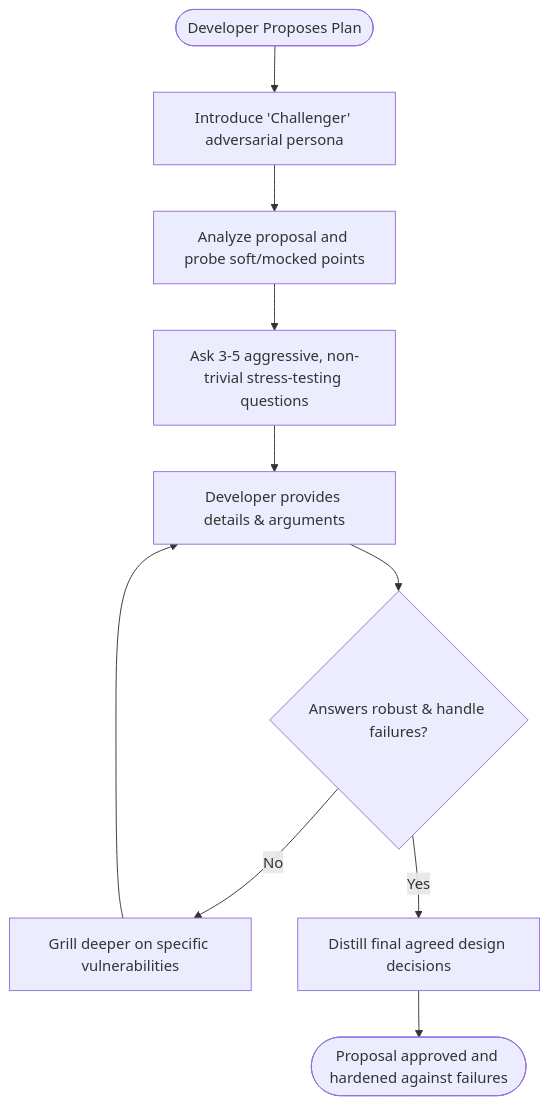
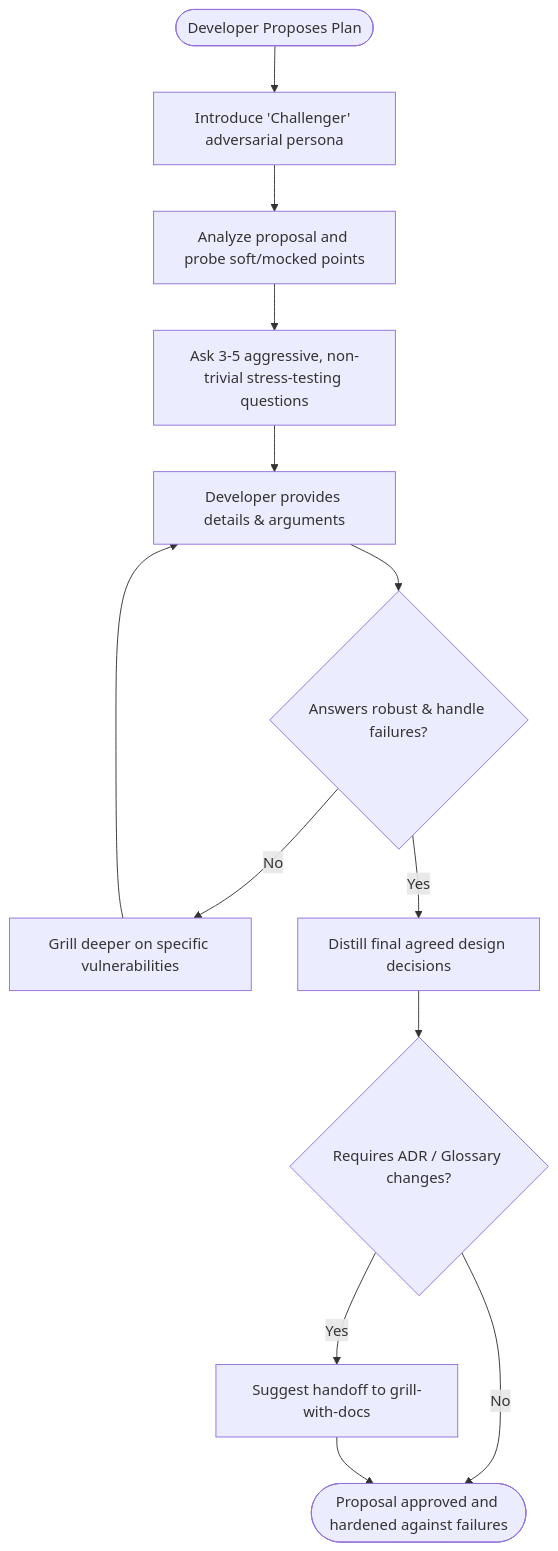
The first of 3 diagrams in docs/workflows/grill-me.md (dyphn1/Harness-everything), drawn with Mermaid before and after one commit. The commit also changed other lines of this file and 3 other files, not shown here.

````diff
--- a/docs/workflows/grill-me.md
+++ b/docs/workflows/grill-me.md
@@ -11,12 +11,15 @@
 ```mermaid
 graph TD
   Start([Developer Proposes Plan]) --> IntroduceChallenger["Introduce 'Challenger' adversarial persona"]
   IntroduceChallenger --> ProbeAssumptions["Analyze proposal and probe soft/mocked points"]
   ProbeAssumptions --> AskHardQuestions["Ask 3-5 aggressive, non-trivial stress-testing questions"]
   AskHardQuestions --> ReceiveAnswers["Developer provides details & arguments"]
   ReceiveAnswers --> ValidateResilience{Answers robust & handle failures?}
   ValidateResilience -->|No| GrillDeeper["Grill deeper on specific vulnerabilities"]
   ValidateResilience -->|Yes| DistillDecisions["Distill final agreed design decisions"]
   GrillDeeper --> ReceiveAnswers
-  DistillDecisions --> End([Proposal approved and hardened against failures])
+  DistillDecisions --> CheckDocsNeeded{Requires ADR / Glossary changes?}
+  CheckDocsNeeded -->|Yes| TransitionToGWD["Suggest handoff to grill-with-docs"]
+  CheckDocsNeeded -->|No| End([Proposal approved and hardened against failures])
+  TransitionToGWD --> End
 ```
````
